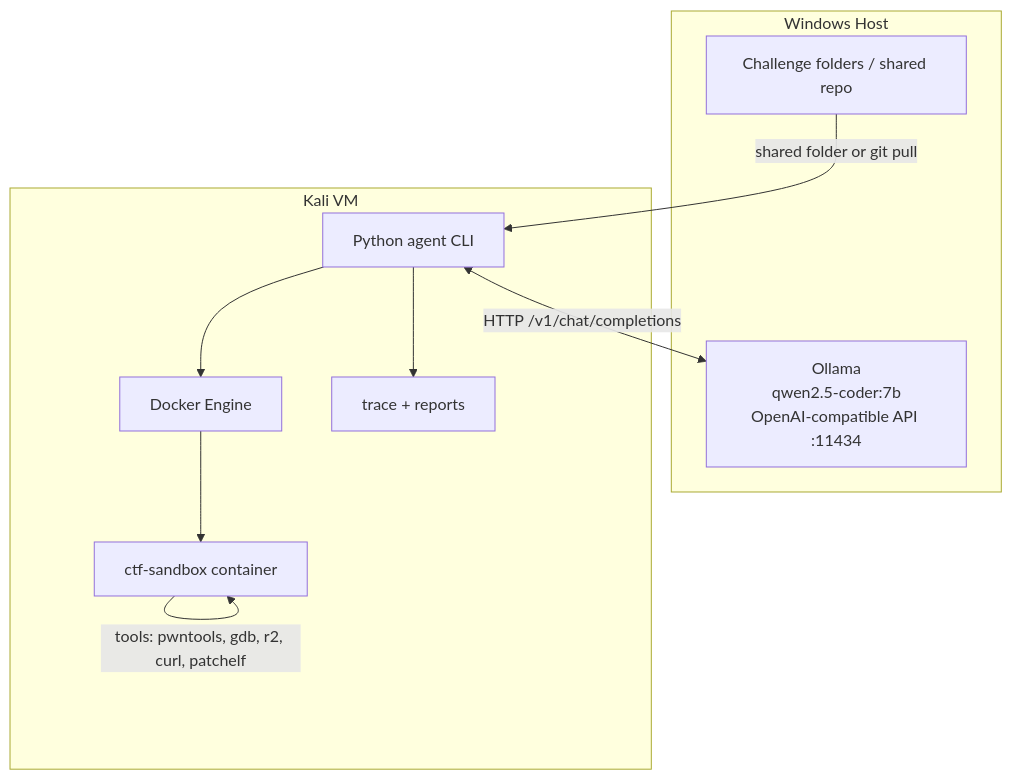
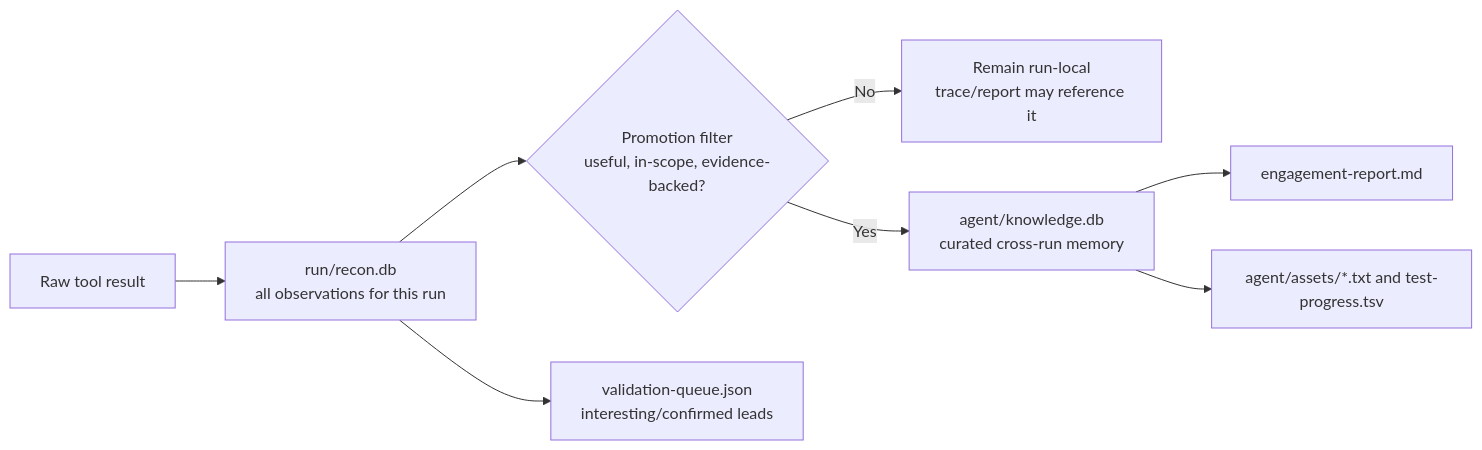
The fourth of 4 diagrams in architecture.md (R1zoro/ChainsawRecon), drawn with Mermaid before and after one commit. The commit also changed other lines of this file and 23 other files, not shown here.

````diff
--- a/architecture.md
+++ b/architecture.md
@@ -152,21 +201,10 @@
 ```mermaid
-flowchart TB
-    subgraph Windows["Windows Host"]
-        OLLAMA["Ollama\nqwen2.5-coder:7b\nOpenAI-compatible API :11434"]
-        STORAGE["Challenge folders / shared repo"]
-    end
-
-    subgraph Kali["Kali VM"]
-        AGENT["Python agent CLI"]
-        DOCKERD["Docker Engine"]
-        CONTAINER["ctf-sandbox container"]
-        TRACE["trace + reports"]
-    end
-
-    AGENT <--> |HTTP /v1/chat/completions| OLLAMA
-    AGENT --> DOCKERD
-    DOCKERD --> CONTAINER
-    CONTAINER --> |tools: pwntools, gdb, r2, curl, patchelf| CONTAINER
-    STORAGE --> |shared folder or git pull| AGENT
-    AGENT --> TRACE
+flowchart LR
+    A["Raw tool result"] --> B["run/recon.db\nall observations for this run"]
+    B --> C{"Promotion filter\nuseful, in-scope, evidence-backed?"}
+    C -->|No| D["Remain run-local\ntrace/report may reference it"]
+    C -->|Yes| E["agent/knowledge.db\ncurated cross-run memory"]
+    E --> F["engagement-report.md"]
+    E --> G["agent/assets/*.txt and test-progress.tsv"]
+    B --> H["validation-queue.json\ninteresting/confirmed leads"]
 ```
````
